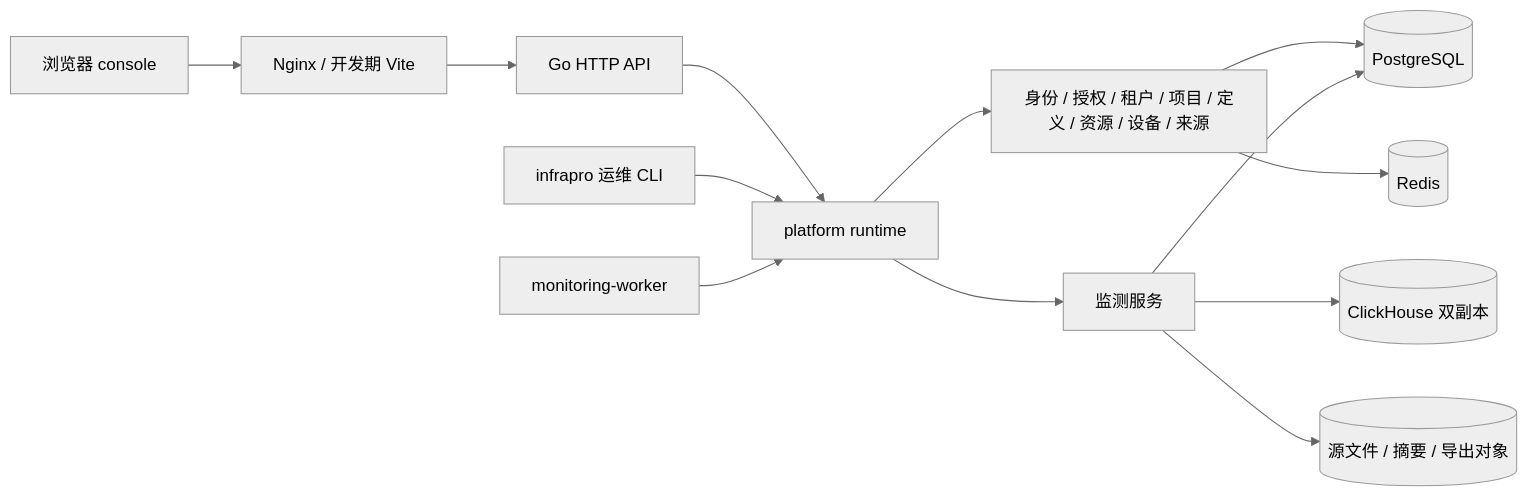
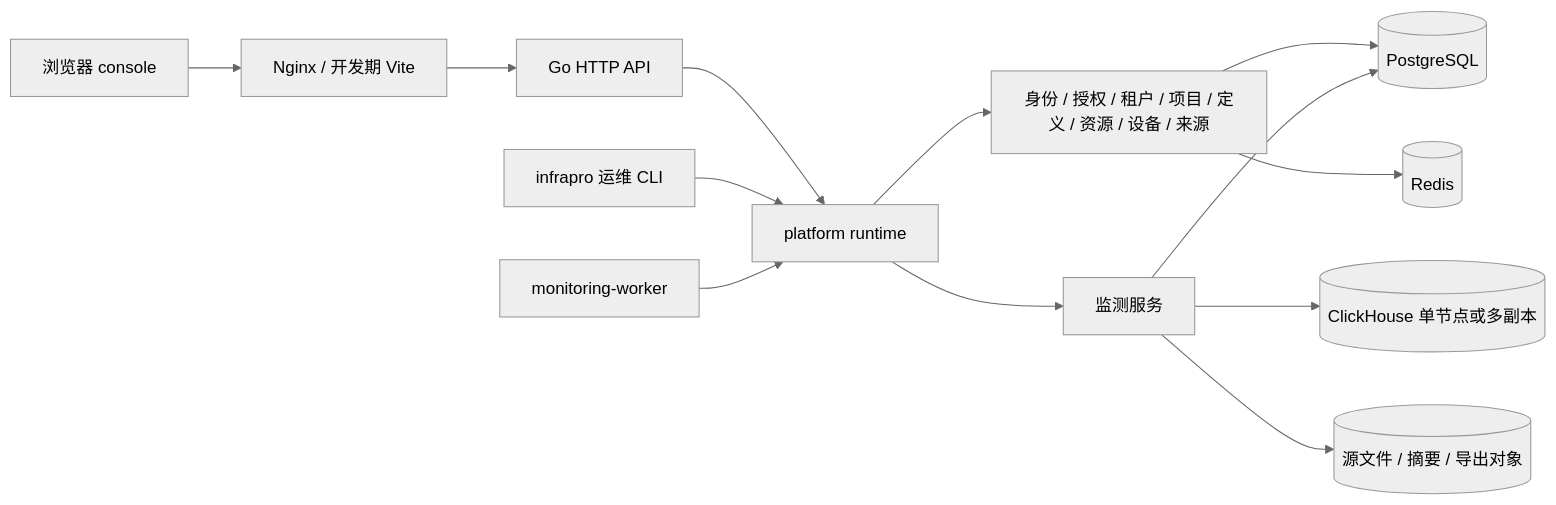
Before and after one commit to WenshuaiDev/InfraPro: the first of 8 diagrams in docs/architecture.md, drawn with Mermaid (neutral theme). The commit also changed other lines of this file and 872 other files, not shown here.

````diff
--- a/docs/architecture.md
+++ b/docs/architecture.md
@@ -13,15 +15,15 @@
 ```mermaid
 flowchart LR
     User[浏览器 console] --> Web[Nginx / 开发期 Vite]
     Web --> API[Go HTTP API]
     API --> Runtime[platform runtime]
     CLI[infrapro 运维 CLI] --> Runtime
     Runtime --> Business[身份 / 授权 / 租户 / 项目 / 定义 / 资源 / 设备 / 来源]
     Business --> PG[(PostgreSQL)]
     Business --> Redis[(Redis)]
     Worker[monitoring-worker] --> Runtime
     Runtime --> Monitoring[监测服务]
     Monitoring --> PG
-    Monitoring --> CH[(ClickHouse 双副本)]
+    Monitoring --> CH[(ClickHouse 单节点或多副本)]
     Monitoring --> S3[(源文件 / 摘要 / 导出对象)]
 ```
````
